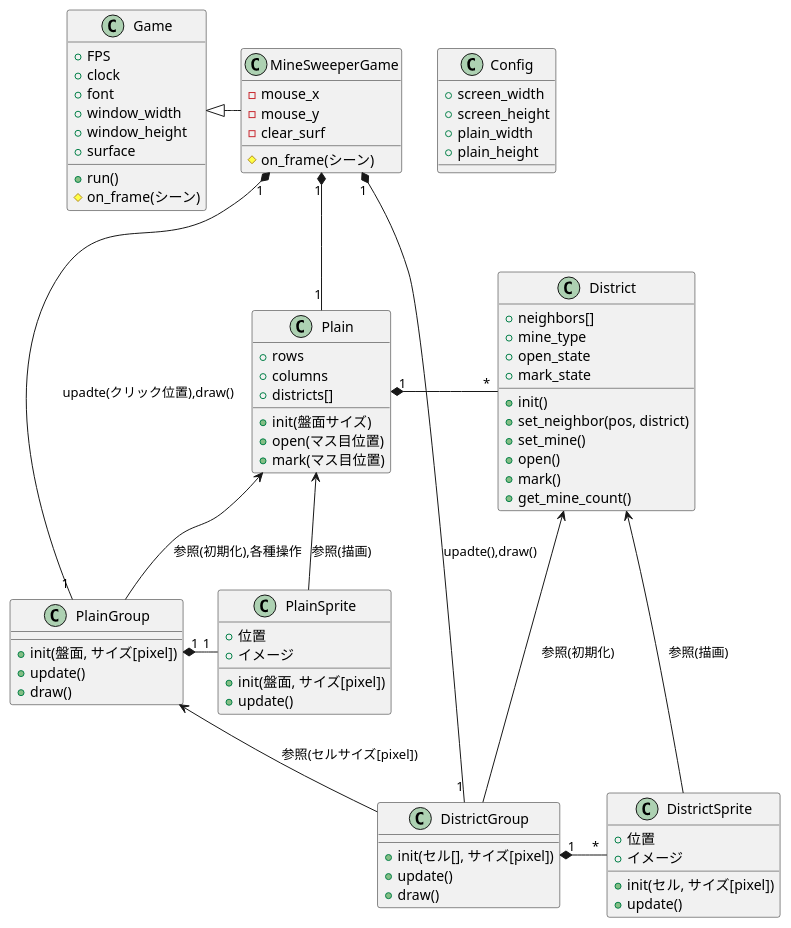
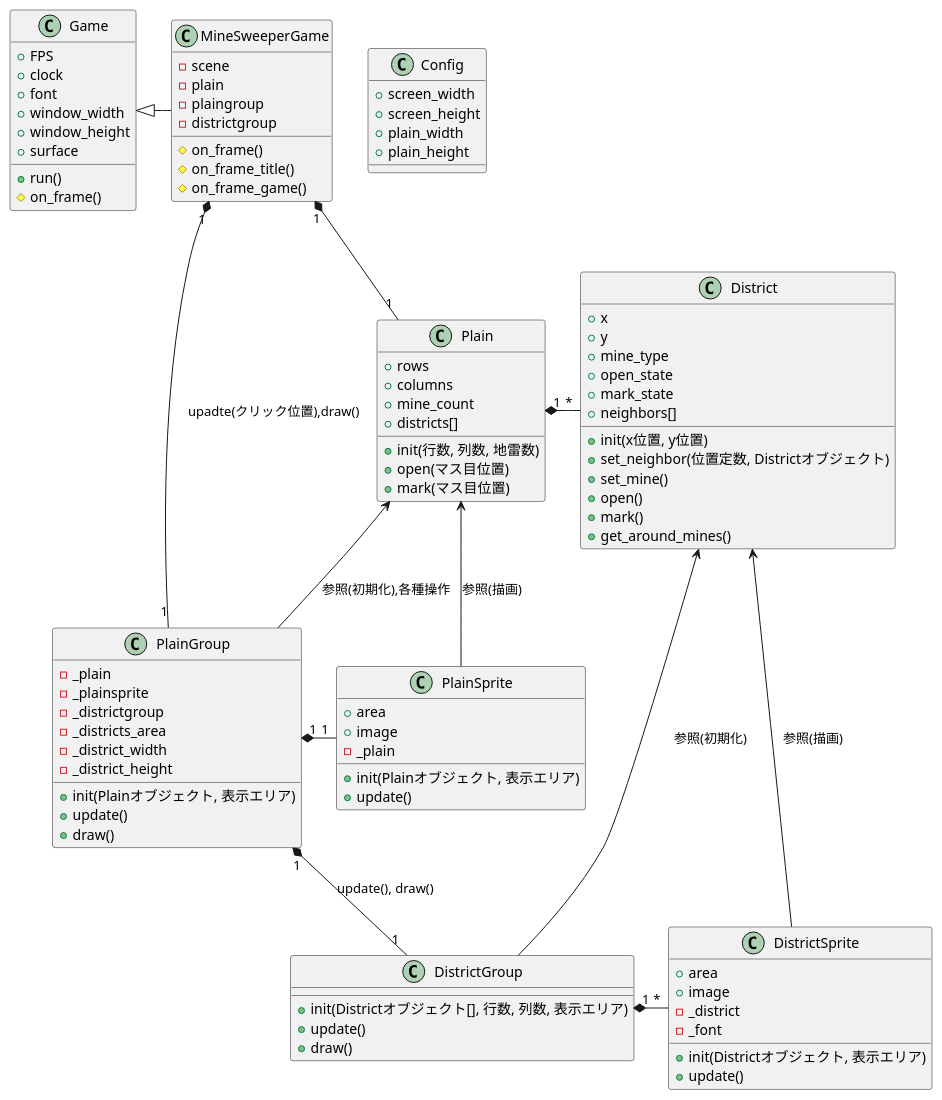
The diagram in mine_sweeper/mine_sweeper.md (ooishiisao/pygame_game), drawn with PlantUML before and after one commit. The commit also changed other lines of this file and 1 other file, not shown here.

Commit message:
DistrictGroupの所有者をPlainGroupに変更

```diff
--- a/mine_sweeper/mine_sweeper.md
+++ b/mine_sweeper/mine_sweeper.md
@@ -13,29 +13,41 @@
     + surface
 
     + run()
-    # on_frame(シーン)
+    # on_frame()
 }
 
 class MineSweeperGame
 {
-    # on_frame(シーン)
-    - mouse_x
-    - mouse_y
-    - clear_surf
+    - scene
+    - plain
+    - plaingroup
+    - districtgroup
+
+    # on_frame()
+    # on_frame_title()
+    # on_frame_game()
 }
 
 class PlainGroup
 {
-    + init(盤面, サイズ[pixel])
+    + init(Plainオブジェクト, 表示エリア)
+    - _plain
+    - _plainsprite
+    - _districtgroup
+    - _districts_area
+    - _district_width
+    - _district_height
+
     + update()
     + draw()
 }
 
 class PlainSprite
 {
-    + 位置
-    + イメージ
-    + init(盤面, サイズ[pixel])
+    + area
+    + image
+    - _plain
+    + init(Plainオブジェクト, 表示エリア)
     + update()
 }
 
@@ -43,56 +55,61 @@
 {
     + rows
     + columns
+    + mine_count
     + districts[]
-    + init(盤面サイズ)
+    + init(行数, 列数, 地雷数)
     + open(マス目位置)
     + mark(マス目位置)
 }
 
 class DistrictGroup
 {
-    + init(セル[], サイズ[pixel])
+    + init(Districtオブジェクト[], 行数, 列数, 表示エリア)
     + update()
     + draw()
 }
 
 class DistrictSprite
 {
-    + 位置
-    + イメージ
-    + init(セル, サイズ[pixel])
+    + area
+    + image
+    - _district
+    - _font
+    + init(Districtオブジェクト, 表示エリア)
     + update()
 }
 class District
 {
-    + neighbors[]
+    + x
+    + y
     + mine_type
     + open_state
     + mark_state
-    + init()
-    + set_neighbor(pos, district)
+    + neighbors[]
+
+    + init(x位置, y位置)
+    + set_neighbor(位置定数, Districtオブジェクト)
     + set_mine()
     + open()
     + mark()
-    + get_mine_count()
+    + get_around_mines()
     
 }
 
 Game <|- MineSweeperGame
 MineSweeperGame  "1" *-- "1" Plain
 MineSweeperGame  "1" *-- "1" PlainGroup   : upadte(クリック位置),draw()
-MineSweeperGame  "1" *-- "1" DistrictGroup    : upadte(),draw()
 
 Plain            "1" *-   "*" District
 
 Plain                <--      PlainGroup  : 参照(初期化),各種操作
 Plain                <--      PlainSprite : 参照(描画)
 PlainGroup       "1" *-  "1"  PlainSprite
+PlainGroup       "1" *-  "1"  DistrictGroup : update(), draw()
 
-District                 <---     DistrictGroup   : 参照(初期化)
-District                 <---     DistrictSprite  : 参照(描画)
-DistrictGroup        "1" *-   "*" DistrictSprite
-PlainGroup           <--      DistrictGroup   : 参照(セルサイズ[pixel])
+District             <---     DistrictGroup   : 参照(初期化)
+District             <---     DistrictSprite  : 参照(描画)
+DistrictGroup    "1" *-   "*" DistrictSprite
 
 
 class Config
```
